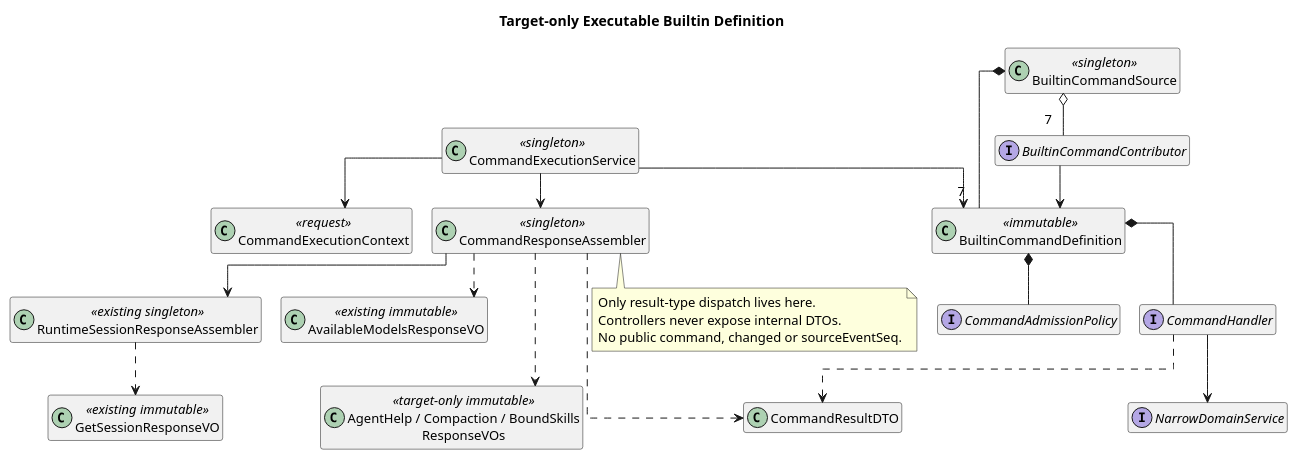
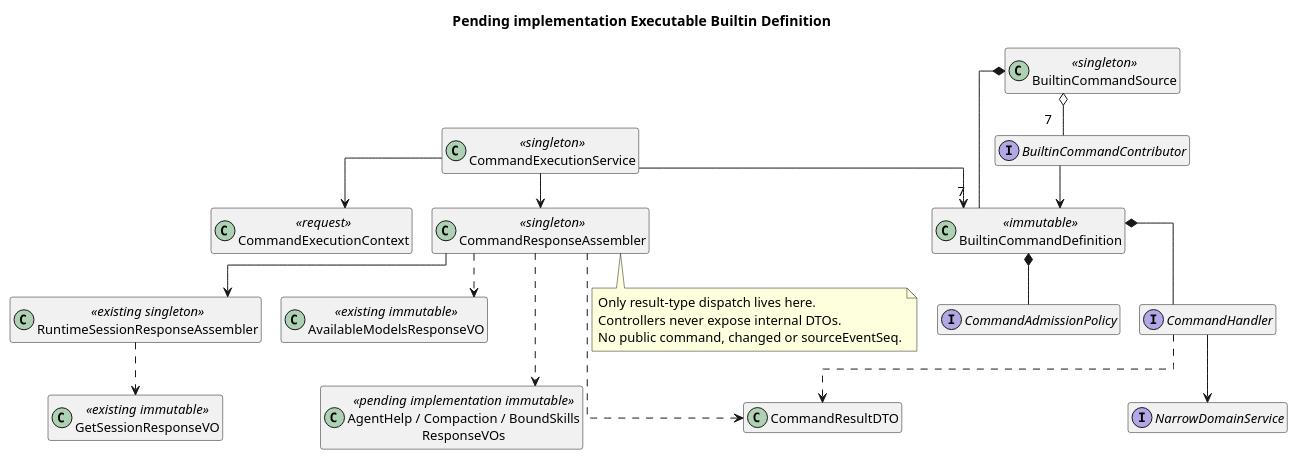
The first of 3 diagrams in 04-命令与技能/01-内置命令/设计图/diagram.puml (ssm0808/pi-mono-java-design), drawn with PlantUML before and after one commit. The commit also changed other lines of this file and 182 other files, not shown here.

```diff
--- a/04-命令与技能/01-内置命令/设计图/diagram.puml
+++ b/04-命令与技能/01-内置命令/设计图/diagram.puml
@@ -1,59 +1,59 @@
 @startuml target_command_core_classes
 top to bottom direction
 skinparam backgroundColor white
 skinparam shadowing false
 skinparam defaultFontName SansSerif
 skinparam defaultFontSize 13
 skinparam classAttributeIconSize 0
 skinparam packageStyle rectangle
 skinparam nodesep 20
 skinparam ranksep 35
 skinparam linetype ortho
 hide empty members
-title Target-only Executable Builtin Definition
+title Pending implementation Executable Builtin Definition
 ' Source evidence: pi-mono-java@0bb794f2 modules/coding-agent-cli/src/main/java/com/campusclaw/codingagent/runtimeapi/command/CommandDefinition.java.
 ' Design reason: each contributor owns metadata, admission, and handler; no central command-name switch.
 ' Source evidence: pi-mono-java@6f52fddc modules/coding-agent-cli/src/main/java/com/campusclaw/codingagent/runtimeapi/session/RuntimeSessionResponseAssembler.java getView.
 ' Architecture change: project business resources, never serialize the internal command receipt.
 interface BuiltinCommandContributor
 class BuiltinCommandSource <<singleton>>
 class BuiltinCommandDefinition <<immutable>>
 interface CommandHandler
 interface CommandAdmissionPolicy
 class CommandExecutionContext <<request>>
 class CommandExecutionService <<singleton>>
 class CommandResponseAssembler <<singleton>>
 class CommandResultDTO
 class RuntimeSessionResponseAssembler <<existing singleton>>
 class GetSessionResponseVO <<existing immutable>>
 class AvailableModelsResponseVO <<existing immutable>>
-class "AgentHelp / Compaction / BoundSkills\nResponseVOs" as BusinessVOs <<target-only immutable>>
+class "AgentHelp / Compaction / BoundSkills\nResponseVOs" as BusinessVOs <<pending implementation immutable>>
 interface NarrowDomainService
 BuiltinCommandSource o-- "7" BuiltinCommandContributor
 BuiltinCommandContributor --> BuiltinCommandDefinition
 BuiltinCommandSource *-- "7" BuiltinCommandDefinition
 BuiltinCommandDefinition *-- CommandHandler
 BuiltinCommandDefinition *-- CommandAdmissionPolicy
 CommandExecutionService --> CommandExecutionContext
 CommandExecutionService --> BuiltinCommandDefinition
 CommandHandler --> NarrowDomainService
 CommandHandler ..> CommandResultDTO
 CommandExecutionService --> CommandResponseAssembler
 CommandResponseAssembler ..> CommandResultDTO
 CommandResponseAssembler --> RuntimeSessionResponseAssembler
 RuntimeSessionResponseAssembler ..> GetSessionResponseVO
 CommandResponseAssembler ..> AvailableModelsResponseVO
 CommandResponseAssembler ..> BusinessVOs
 note bottom of CommandResponseAssembler
 Only result-type dispatch lives here.
 Controllers never expose internal DTOs.
 No public command, changed or sourceEventSeq.
 end note
 CommandExecutionService -[hidden]down-> BuiltinCommandDefinition
 BuiltinCommandDefinition -[hidden]down-> CommandHandler
 CommandHandler -[hidden]down-> NarrowDomainService
 CommandResponseAssembler -[hidden]down-> RuntimeSessionResponseAssembler
 AvailableModelsResponseVO -[hidden]down-> BusinessVOs
 BuiltinCommandSource -[hidden]down-> BuiltinCommandContributor
 CommandExecutionContext -[hidden]down-> CommandExecutionService
 @enduml
```
